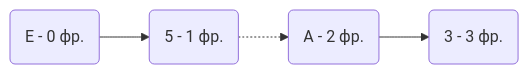
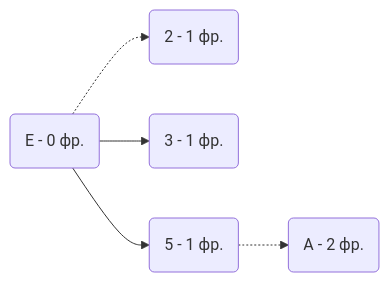
The fifth of 10 diagrams in task-8/mikhailkrug.md (hse-algo-24-owl/manual-tasks-owl), drawn with Mermaid before and after one commit. The commit also changed other lines of this file, not shown here.

````diff
--- a/task-8/mikhailkrug.md
+++ b/task-8/mikhailkrug.md
@@ -176,4 +180,6 @@
 ```mermaid
 graph LR
-    E(E - 0 фр.)  --> 5(5 - 1 фр.) -.-> A(A - 2 фр.)  --> 3(3 - 3 фр.) 
+    E(E - 0 фр.)  --> 5(5 - 1 фр.) -.-> A(A - 2 фр.)
+    E(E - 0 фр.)  --> 3(3 - 1 фр.)
+    E(E - 0 фр.)  -.-> 2(2 - 1 фр.)
 ```
````
